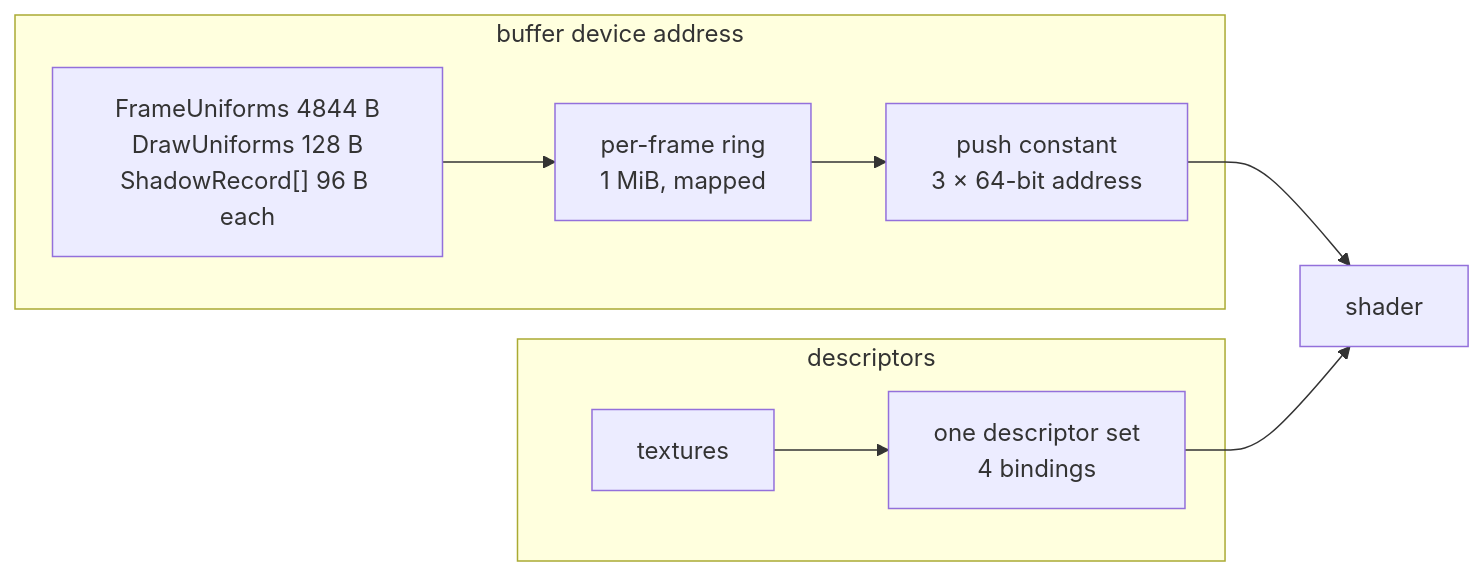
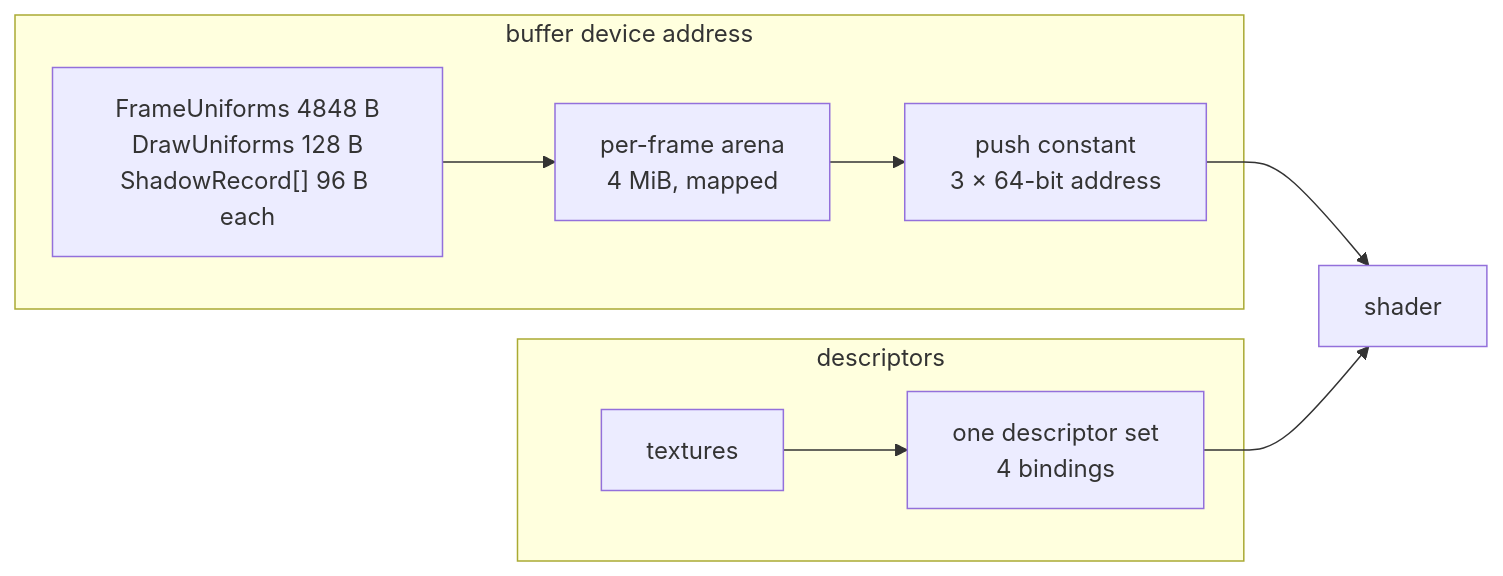
One commit to Zephyr75/overdrive changed the fourth of 5 diagrams in notes/OVERVIEW.md. Above: the diagram before and after it, drawn with Mermaid. The commit also changed other lines of this file and 20 other files, not shown here.

````diff
--- a/notes/OVERVIEW.md
+++ b/notes/OVERVIEW.md
@@ -141,12 +141,12 @@
 ```mermaid
 graph LR
     subgraph BDA["buffer device address"]
-        U["FrameUniforms 4844 B<br/>DrawUniforms 128 B<br/>ShadowRecord[] 96 B each"] --> RG["per-frame ring<br/>1 MiB, mapped"]
+        U["FrameUniforms 4848 B<br/>DrawUniforms 128 B<br/>ShadowRecord[] 96 B each"] --> RG["per-frame arena<br/>4 MiB, mapped"]
         RG --> PC["push constant<br/>3 × 64-bit address"]
     end
     subgraph DESC["descriptors"]
         T["textures"] --> DS["one descriptor set<br/>4 bindings"]
     end
     PC --> SH["shader"]
     DS --> SH
 ```
````
